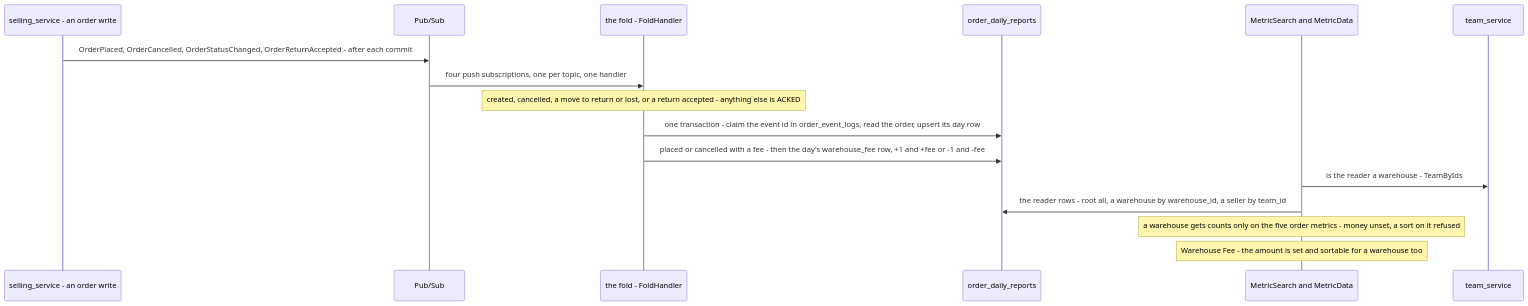
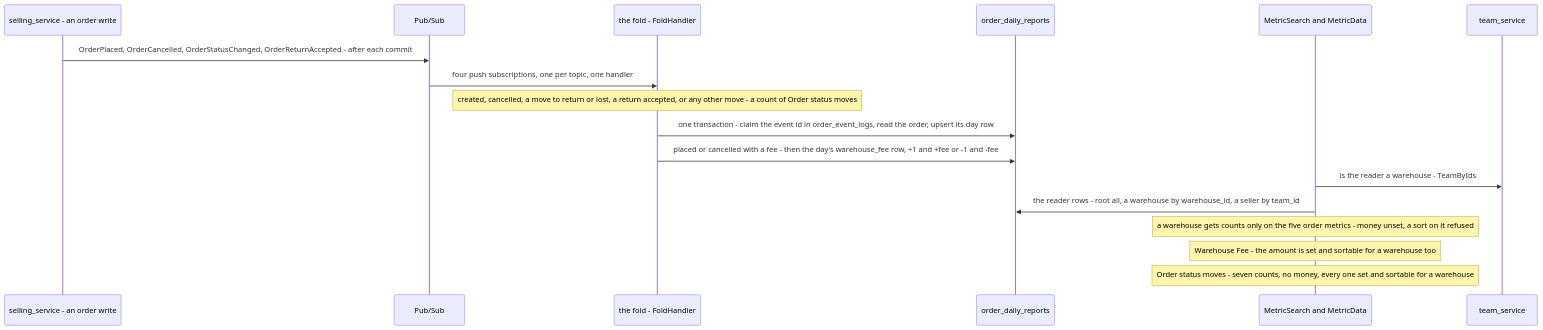
One commit to pdcgo/warehouse_revamp changed diagram 19 of 36 in docs/services/selling_service/rpc.md. Above: the diagram before and after it, drawn with Mermaid. The commit also changed other lines of this file and 429 other files, not shown here.

````diff
--- a/docs/services/selling_service/rpc.md
+++ b/docs/services/selling_service/rpc.md
@@ -910,19 +922,20 @@
 ```mermaid
 sequenceDiagram
     participant S as selling_service - an order write
     participant B as Pub/Sub
     participant F as the fold - FoldHandler
     participant R as order_daily_reports
     participant A as MetricSearch and MetricData
     participant T as team_service
 
     S->>B: OrderPlaced, OrderCancelled, OrderStatusChanged, OrderReturnAccepted - after each commit
     B->>F: four push subscriptions, one per topic, one handler
-    Note over F: created, cancelled, a move to return or lost, or a return accepted - anything else is ACKED
+    Note over F: created, cancelled, a move to return or lost, a return accepted, or any other move - a count of Order status moves
     F->>R: one transaction - claim the event id in order_event_logs, read the order, upsert its day row
     F->>R: placed or cancelled with a fee - then the day's warehouse_fee row, +1 and +fee or -1 and -fee
     A->>T: is the reader a warehouse - TeamByIds
     A->>R: the reader rows - root all, a warehouse by warehouse_id, a seller by team_id
     Note over A: a warehouse gets counts only on the five order metrics - money unset, a sort on it refused
     Note over A: Warehouse Fee - the amount is set and sortable for a warehouse too
+    Note over A: Order status moves - seven counts, no money, every one set and sortable for a warehouse
 ```
````
